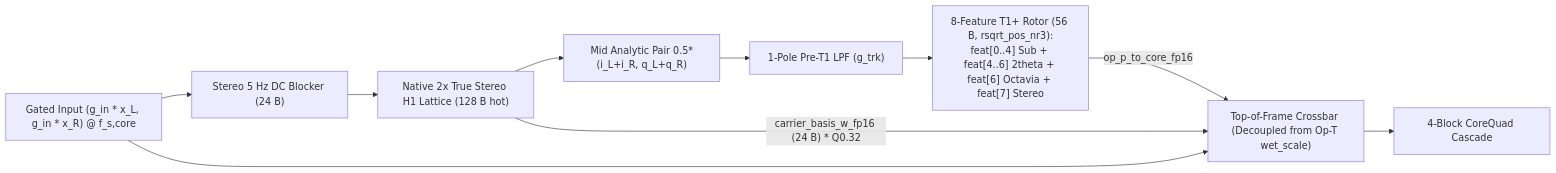
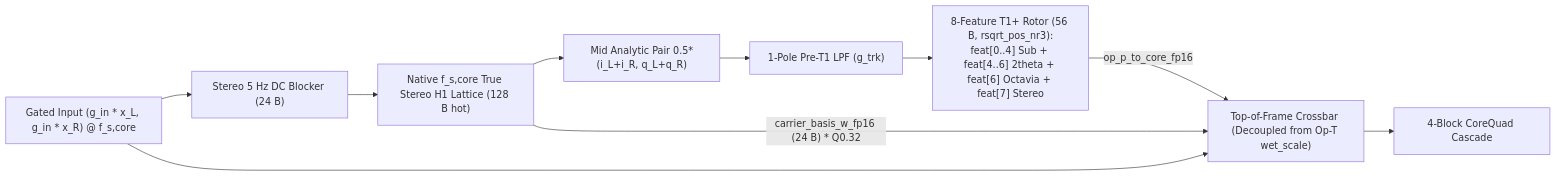
The diagram in docs/specs/dsp/op_m_modal_kautz.md (mokugen/dnam), drawn with Mermaid before and after one commit. The commit also changed other lines of this file and 23 other files, not shown here.

````diff
--- a/docs/specs/dsp/op_m_modal_kautz.md
+++ b/docs/specs/dsp/op_m_modal_kautz.md
@@ -277,7 +278,7 @@
 ```mermaid
 flowchart LR
-    X["Gated Input (g_in * x_L, g_in * x_R) @ f_s,core"] --> DC["Stereo 5 Hz DC Blocker (24 B)"] --> H1["Native 2x True Stereo H1 Lattice (128 B hot)"] --> Mid["Mid Analytic Pair 0.5*(i_L+i_R, q_L+q_R)"] --> LPF["1-Pole Pre-T1 LPF (g_trk)"] --> Tracker["8-Feature T1+ Rotor (56 B, rsqrt_pos_nr3):<br/>feat[0..4] Sub + feat[4..6] 2theta + feat[6] Octavia + feat[7] Stereo"]
+    X["Gated Input (g_in * x_L, g_in * x_R) @ f_s,core"] --> DC["Stereo 5 Hz DC Blocker (24 B)"] --> H1["Native f_s,core True Stereo H1 Lattice (128 B hot)"] --> Mid["Mid Analytic Pair 0.5*(i_L+i_R, q_L+q_R)"] --> LPF["1-Pole Pre-T1 LPF (g_trk)"] --> Tracker["8-Feature T1+ Rotor (56 B, rsqrt_pos_nr3):<br/>feat[0..4] Sub + feat[4..6] 2theta + feat[6] Octavia + feat[7] Stereo"]
     H1 -->|"carrier_basis_w_fp16 (24 B) * Q0.32"| Crossbar["Top-of-Frame Crossbar (Decoupled from Op-T wet_scale)"]
     X --> Crossbar --> Core["4-Block CoreQuad Cascade"]
     Tracker -->|"op_p_to_core_fp16"| Crossbar
 ```
````
